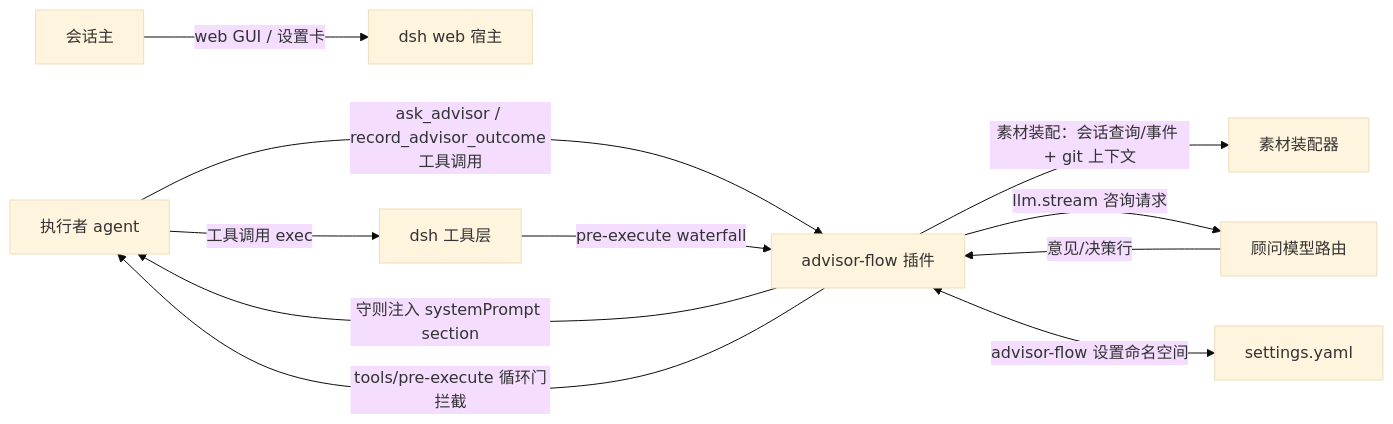
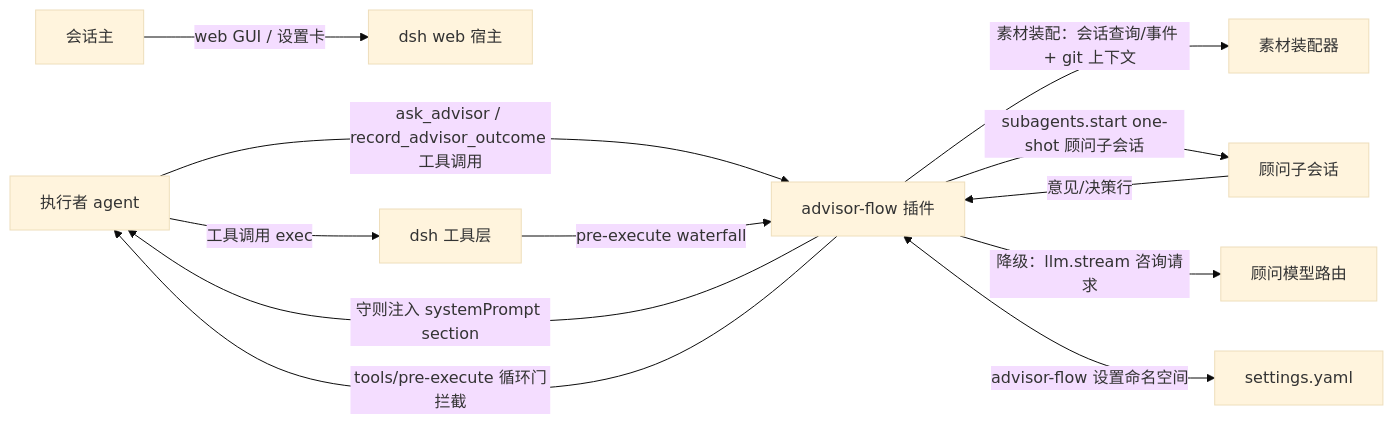
One commit to ccll/dsh-advisor-flow changed the first of 9 diagrams in SOLUTION.md. Above: the diagram before and after it, drawn with Mermaid (base theme). The commit also changed other lines of this file and 17 other files, not shown here.

First line of the commit message:
⭐ 功能(advisor-flow): 咨询以 one-shot 子会话呈现，直调降级保留

````diff
--- a/SOLUTION.md
+++ b/SOLUTION.md
@@ -56,13 +56,14 @@
 ```mermaid
 flowchart LR
     owner[会话主] -->|web GUI / 设置卡| host[dsh web 宿主]
     agent[执行者 agent] -->|ask_advisor / record_advisor_outcome 工具调用| plugin[advisor-flow 插件]
     plugin -->|守则注入 systemPrompt section| agent
     plugin -->|tools/pre-execute 循环门拦截| agent
     agent -->|工具调用 exec| tools[dsh 工具层]
     tools -->|pre-execute waterfall| plugin
     plugin -->|素材装配：会话查询/事件 + git 上下文| material[素材装配器]
-    plugin -->|llm.stream 咨询请求| route[顾问模型路由]
-    route -->|意见/决策行| plugin
+    plugin -->|subagents.start one-shot 顾问子会话| subsession[顾问子会话]
+    subsession -->|意见/决策行| plugin
+    plugin -->|降级：llm.stream 咨询请求| route[顾问模型路由]
     plugin <-->|advisor-flow 设置命名空间| settings[settings.yaml]
 ```
````
